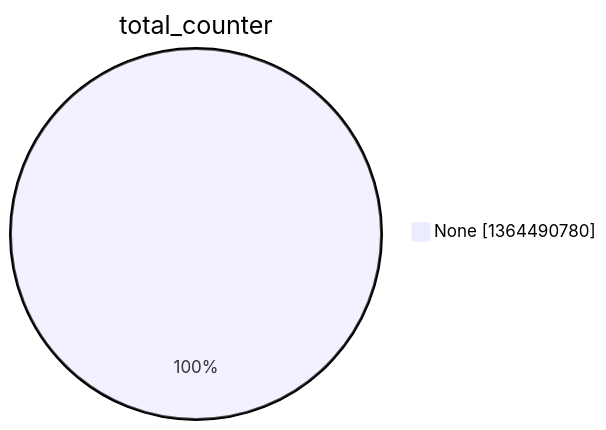
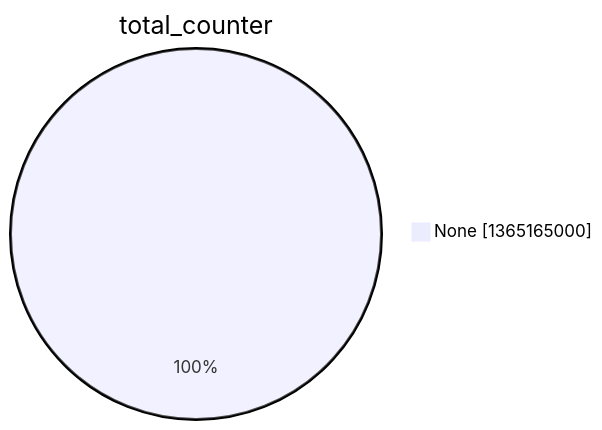
The second of 15 diagrams in argon2022/README.md (christiankrug/ctmonitor_visualization), drawn with Mermaid before and after one commit. The commit also changed other lines of this file, not shown here.

````diff
--- a/argon2022/README.md
+++ b/argon2022/README.md
@@ -9,5 +9,5 @@
 ```mermaid
 pie showData
 title total_counter
-"None" :1364490780
+"None" :1365165000
 ```
````
